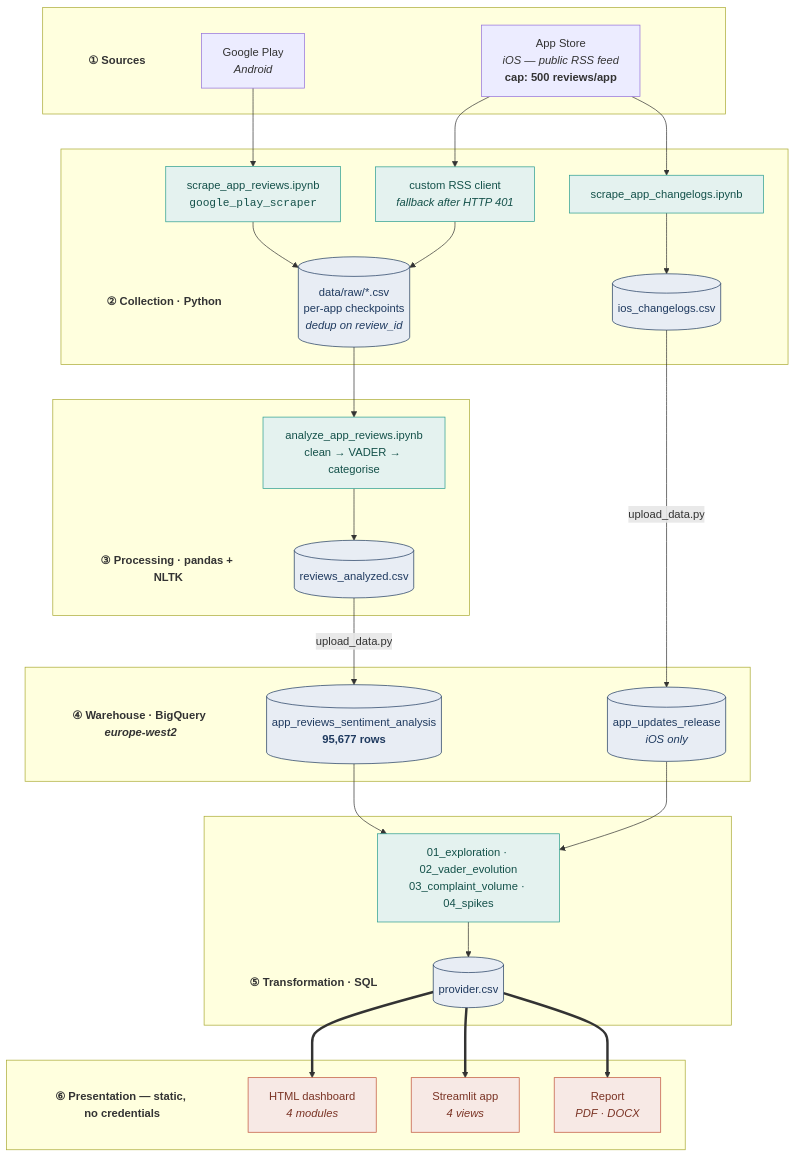
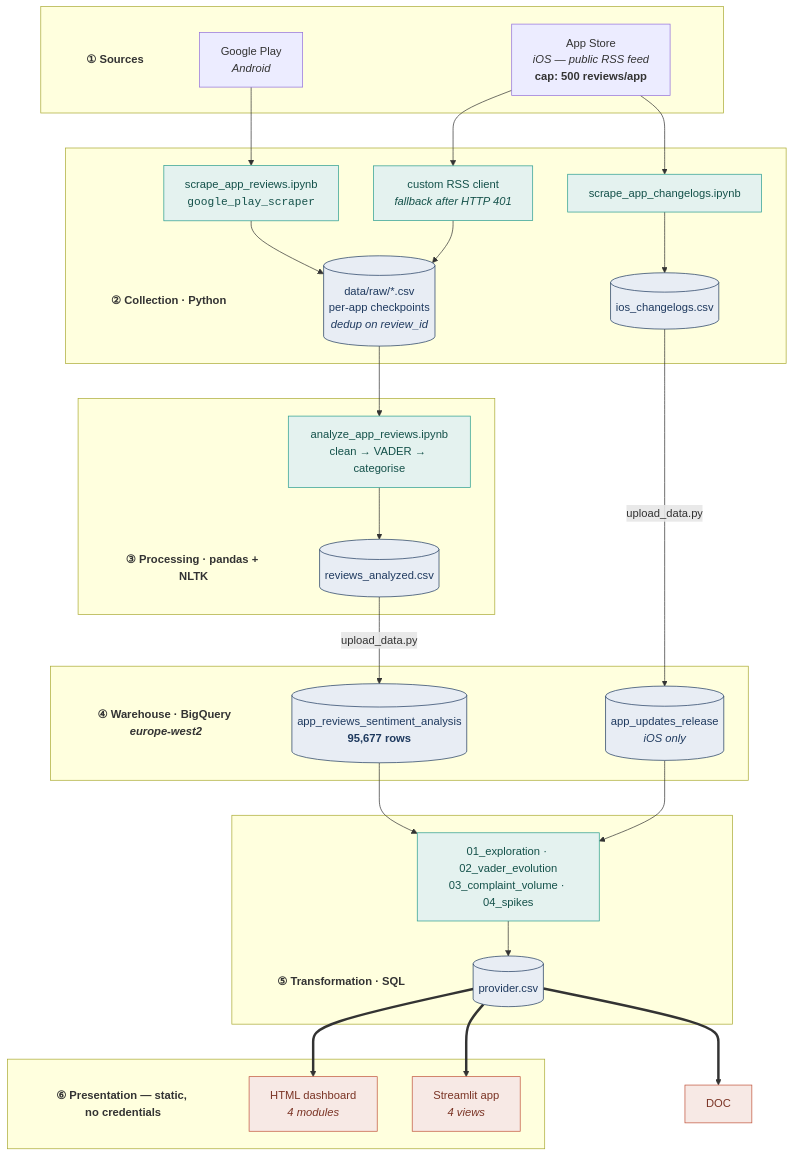
The first of 2 diagrams in README.md (tomasb1805/banking-apps-sentiment-scoring), drawn with Mermaid before and after one commit.

````diff
--- a/README.md
+++ b/README.md
@@ -104,68 +104,67 @@
 ```mermaid
 flowchart TB
     subgraph SRC[" "]
         SRCT["① Sources"]
         GP["Google Play<br/><i>Android</i>"]
         AS["App Store<br/><i>iOS — public RSS feed</i><br/><b>cap: 500 reviews/app</b>"]
     end
 
     subgraph COL[" "]
         COLT["② Collection · Python"]
         SC1["scrape_app_reviews.ipynb<br/><code>google_play_scraper</code>"]
         SC2["custom RSS client<br/><i>fallback after HTTP 401</i>"]
         SC3["scrape_app_changelogs.ipynb"]
         CKPT[("data/raw/*.csv<br/>per-app checkpoints<br/><i>dedup on review_id</i>")]
         VERS[("ios_changelogs.csv")]
     end
 
     subgraph PROC[" "]
         PROCT["③ Processing · pandas + NLTK"]
         CLEAN["analyze_app_reviews.ipynb<br/>clean → VADER → categorise"]
         OUT[("reviews_analyzed.csv")]
     end
 
     subgraph BQ[" "]
         BQT["④ Warehouse · BigQuery <i>europe-west2</i>"]
         FACT[("app_reviews_sentiment_analysis<br/><b>95,677 rows</b>")]
         REL[("app_updates_release<br/><i>iOS only</i>")]
     end
 
     subgraph SQL[" "]
         SQLT["⑤ Transformation · SQL"]
         Q["01_exploration · 02_vader_evolution<br/>03_complaint_volume · 04_spikes"]
         EXP[("provider.csv")]
     end
 
     subgraph PRES[" "]
         PREST["⑥ Presentation — static, no credentials"]
         HTML["HTML dashboard<br/><i>4 modules</i>"]
         ST["Streamlit app<br/><i>4 views</i>"]
-        DOC["Report<br/><i>PDF · DOCX</i>"]
     end
 
     GP --> SC1 --> CKPT
     AS --> SC2 --> CKPT
     AS --> SC3 --> VERS
 
     CKPT --> CLEAN --> OUT
     OUT -->|upload_data.py| FACT
     VERS -->|upload_data.py| REL
 
     FACT --> Q
     REL --> Q
     Q --> EXP
 
     EXP ==> HTML
     EXP ==> ST
     EXP ==> DOC
 
     classDef hdr fill:none,stroke:none,font-weight:bold
     class SRCT,COLT,PROCT,BQT,SQLT,PREST hdr
     classDef store fill:#E8EDF4,stroke:#1F3A5F,stroke-width:1px,color:#1F3A5F
     classDef proc fill:#E4F2EF,stroke:#2A9D8F,stroke-width:1px,color:#14514A
     classDef pres fill:#F7E9E5,stroke:#C0533A,stroke-width:1px,color:#7A3324
     class CKPT,VERS,OUT,FACT,REL,EXP store
     class SC1,SC2,SC3,CLEAN,Q proc
     class HTML,ST,DOC pres
 
 ```
````
